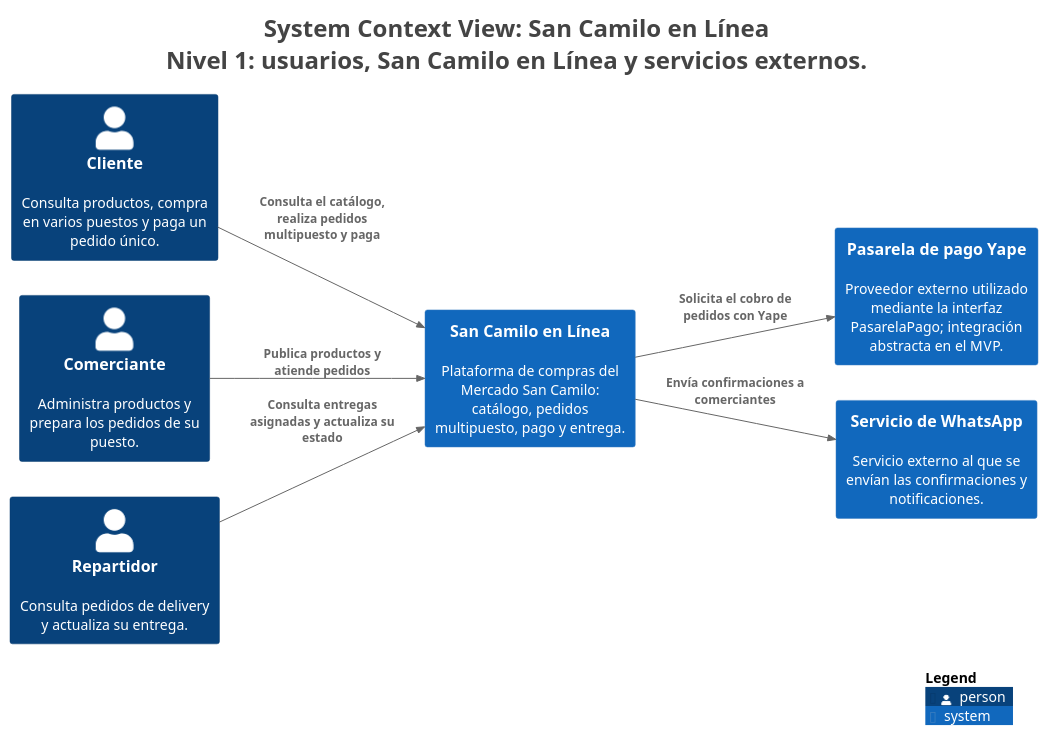
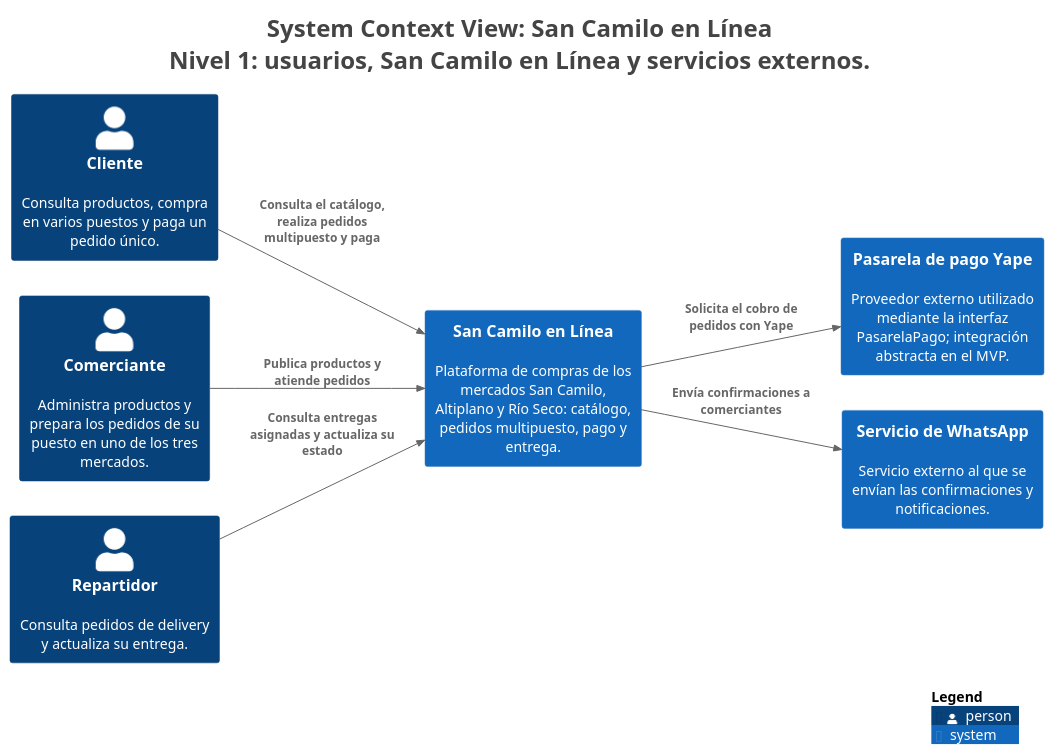
Before and after one commit to paredes1234/cs-2026b-lab04-grupo07: the diagram in docs/architecture/c4/export/Contexto.puml, drawn with PlantUML. The commit also changed 15 other files, not shown here.

```diff
--- a/docs/architecture/c4/export/Contexto.puml
+++ b/docs/architecture/c4/export/Contexto.puml
@@ -1,32 +1,32 @@
 @startuml
 title <size:24>System Context View: San Camilo en Línea</size>\n<size:24>Nivel 1: usuarios, San Camilo en Línea y servicios externos.</size>
 
 set separator none
 left to right direction
 
 <style>
   root {
     BackgroundColor: #ffffff
     FontColor: #444444
   }
 </style>
 
 !include <C4/C4>
 !include <C4/C4_Context>
 
 Person(Cliente, "Cliente", $descr="Consulta productos, compra en varios puestos y paga un pedido único.", $tags="", $link="")
 System(PasareladepagoYape, "Pasarela de pago Yape", $descr="Proveedor externo utilizado mediante la interfaz PasarelaPago; integración abstracta en el MVP.", $tags="", $link="")
 System(ServiciodeWhatsApp, "Servicio de WhatsApp", $descr="Servicio externo al que se envían las confirmaciones y notificaciones.", $tags="", $link="")
-Person(Comerciante, "Comerciante", $descr="Administra productos y prepara los pedidos de su puesto.", $tags="", $link="")
+Person(Comerciante, "Comerciante", $descr="Administra productos y prepara los pedidos de su puesto en uno de los tres mercados.", $tags="", $link="")
 Person(Repartidor, "Repartidor", $descr="Consulta pedidos de delivery y actualiza su entrega.", $tags="", $link="")
-System(SanCamiloenLínea, "San Camilo en Línea", $descr="Plataforma de compras del Mercado San Camilo: catálogo, pedidos multipuesto, pago y entrega.", $tags="", $link="")
+System(SanCamiloenLínea, "San Camilo en Línea", $descr="Plataforma de compras de los mercados San Camilo, Altiplano y Río Seco: catálogo, pedidos multipuesto, pago y entrega.", $tags="", $link="")
 
 Rel(Cliente, SanCamiloenLínea, "Consulta el catálogo, realiza pedidos multipuesto y paga", $techn="", $tags="", $link="")
 Rel(Comerciante, SanCamiloenLínea, "Publica productos y atiende pedidos", $techn="", $tags="", $link="")
 Rel(Repartidor, SanCamiloenLínea, "Consulta entregas asignadas y actualiza su estado", $techn="", $tags="", $link="")
 Rel(SanCamiloenLínea, PasareladepagoYape, "Solicita el cobro de pedidos con Yape", $techn="", $tags="", $link="")
 Rel(SanCamiloenLínea, ServiciodeWhatsApp, "Envía confirmaciones a comerciantes", $techn="", $tags="", $link="")
 
 SHOW_LEGEND(true)
 hide stereotypes
 @enduml
```
